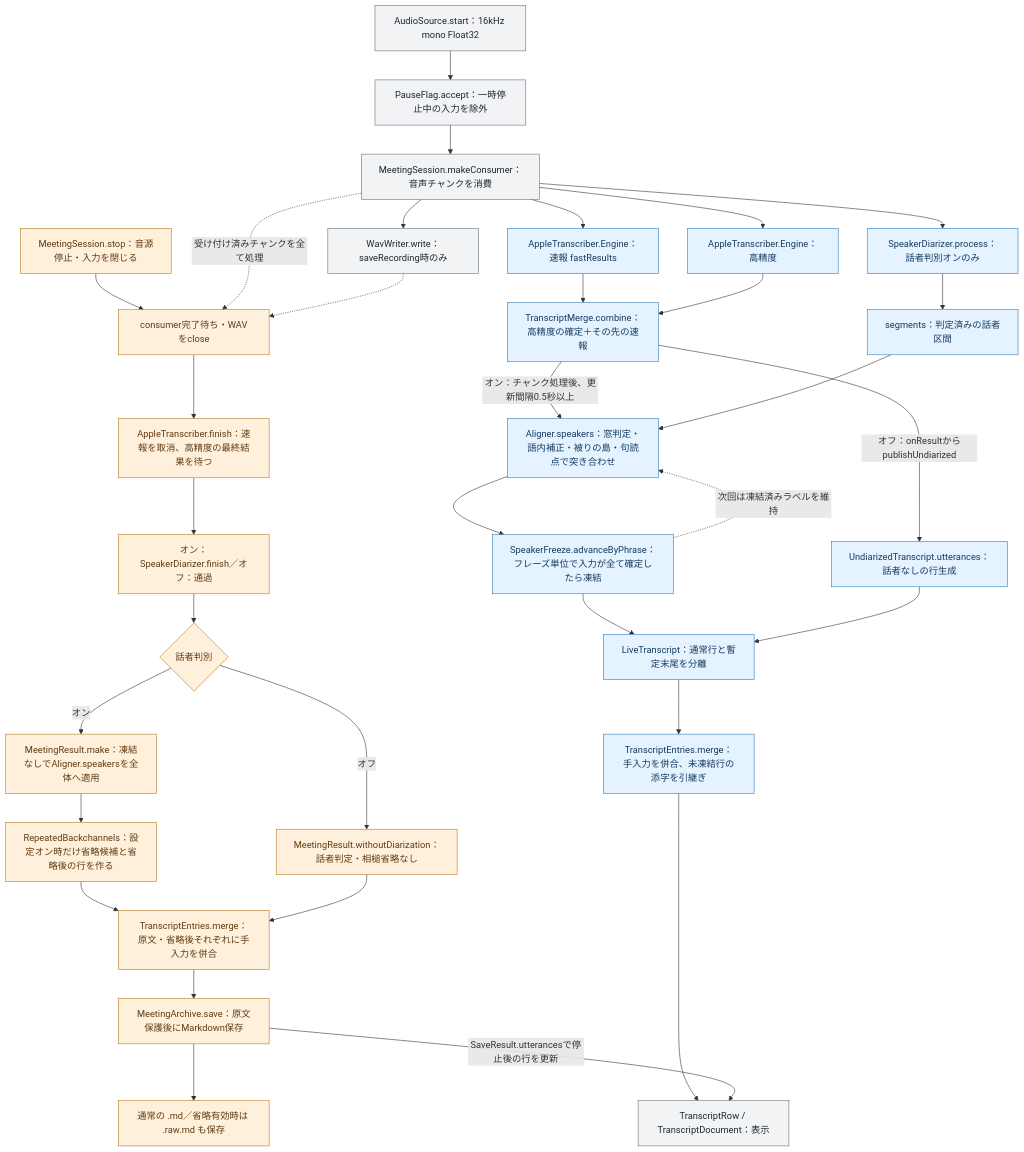
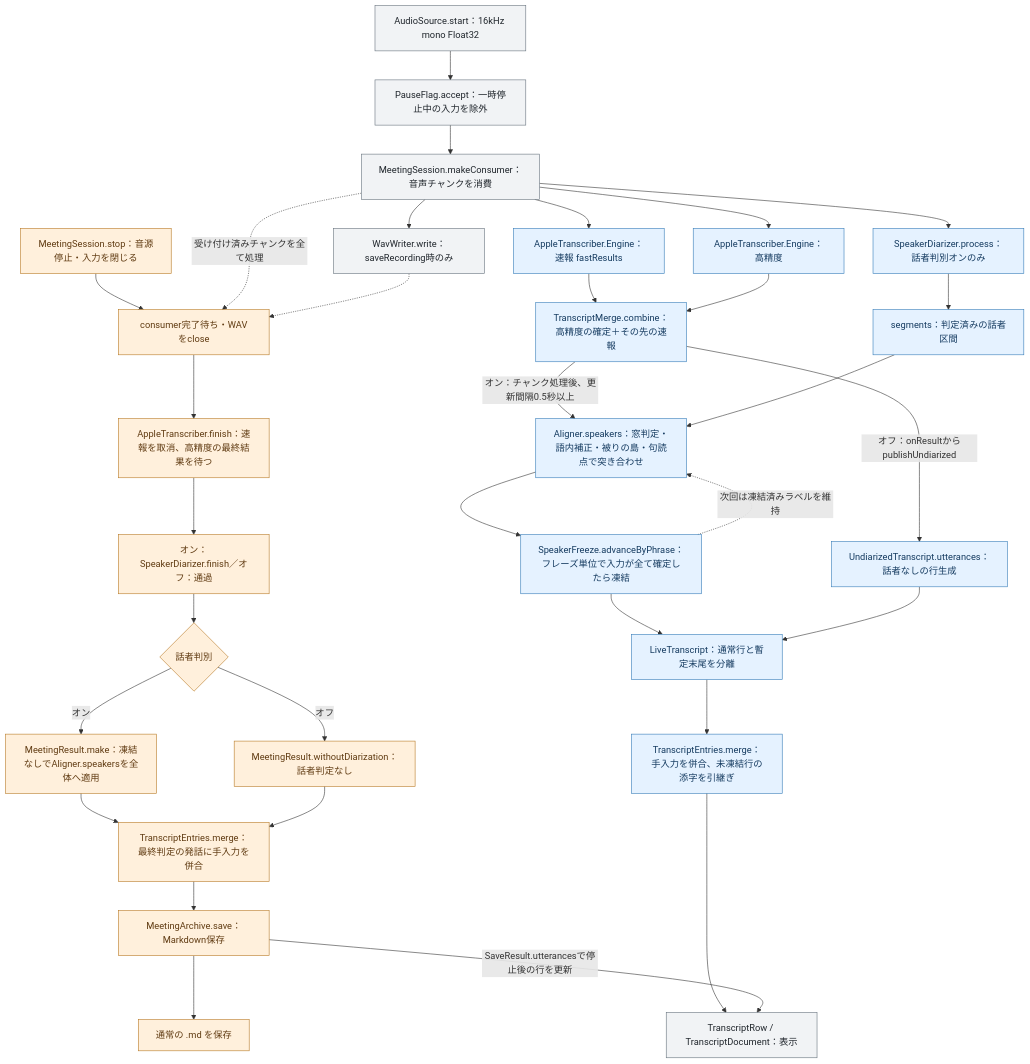
One commit to tadashi-aikawa/kikigaki changed the first of 2 diagrams in docs/utterance-flow.md. Above: the diagram before and after it, drawn with Mermaid. The commit also changed other lines of this file and 44 other files, not shown here.

````diff
--- a/docs/utterance-flow.md
+++ b/docs/utterance-flow.md
@@ -19,43 +18,42 @@
 ```mermaid
 flowchart TD
     audio["AudioSource.start：16kHz mono Float32"] --> accept["PauseFlag.accept：一時停止中の入力を除外"]
     accept --> consume["MeetingSession.makeConsumer：音声チャンクを消費"]
     consume --> wav["WavWriter.write：saveRecording時のみ"]
     consume --> fast["AppleTranscriber.Engine：速報 fastResults"]
     consume --> accurate["AppleTranscriber.Engine：高精度"]
     consume --> diarizer["SpeakerDiarizer.process：話者判別オンのみ"]
     fast --> merge["TranscriptMerge.combine：高精度の確定＋その先の速報"]
     accurate --> merge
     diarizer --> segments["segments：判定済みの話者区間"]
     merge -->|オン：チャンク処理後、更新間隔0.5秒以上| align["Aligner.speakers：窓判定・語内補正・被りの島・句読点で突き合わせ"]
     segments --> align
     align --> freeze["SpeakerFreeze.advanceByPhrase：フレーズ単位で入力が全て確定したら凍結"]
     freeze -.->|次回は凍結済みラベルを維持| align
     freeze --> live["LiveTranscript：通常行と暫定末尾を分離"]
     merge -->|オフ：onResultからpublishUndiarized| off["UndiarizedTranscript.utterances：話者なしの行生成"]
     off --> live
     live --> entries["TranscriptEntries.merge：手入力を併合、未凍結行の添字を引継ぎ"]
     entries --> ui["TranscriptRow / TranscriptDocument：表示"]
 
     stop["MeetingSession.stop：音源停止・入力を閉じる"] --> drain["consumer完了待ち・WAVをclose"]
     consume -.->|受け付け済みチャンクを全て処理| drain
     wav -.-> drain
     drain --> asrEnd["AppleTranscriber.finish：速報を取消、高精度の最終結果を待つ"]
     asrEnd --> speakerEnd["オン：SpeakerDiarizer.finish／オフ：通過"]
     speakerEnd --> finalMode{"話者判別"}
     finalMode -->|オン| realign["MeetingResult.make：凍結なしでAligner.speakersを全体へ適用"]
-    finalMode -->|オフ| noDiarization["MeetingResult.withoutDiarization：話者判定・相槌省略なし"]
-    realign --> omit["RepeatedBackchannels：設定オン時だけ省略候補と省略後の行を作る"]
-    omit --> finalEntries["TranscriptEntries.merge：原文・省略後それぞれに手入力を併合"]
+    finalMode -->|オフ| noDiarization["MeetingResult.withoutDiarization：話者判定なし"]
+    realign --> finalEntries["TranscriptEntries.merge：最終判定の発話に手入力を併合"]
     noDiarization --> finalEntries
-    finalEntries --> archive["MeetingArchive.save：原文保護後にMarkdown保存"]
-    archive --> md["通常の .md／省略有効時は .raw.md も保存"]
+    finalEntries --> archive["MeetingArchive.save：Markdown保存"]
+    archive --> md["通常の .md を保存"]
     archive -->|SaveResult.utterancesで停止後の行を更新| ui
 
     classDef common fill:#f1f3f5,stroke:#65717c,color:#20262c
     classDef recording fill:#e5f2ff,stroke:#337ab7,color:#153b60
     classDef stopping fill:#fff0dc,stroke:#b77924,color:#603b12
     class audio,accept,consume,wav,ui common
     class fast,accurate,diarizer,merge,segments,align,freeze,live,off,entries recording
-    class stop,drain,asrEnd,speakerEnd,finalMode,realign,noDiarization,omit,finalEntries,archive,md stopping
+    class stop,drain,asrEnd,speakerEnd,finalMode,realign,noDiarization,finalEntries,archive,md stopping
 ```
````
